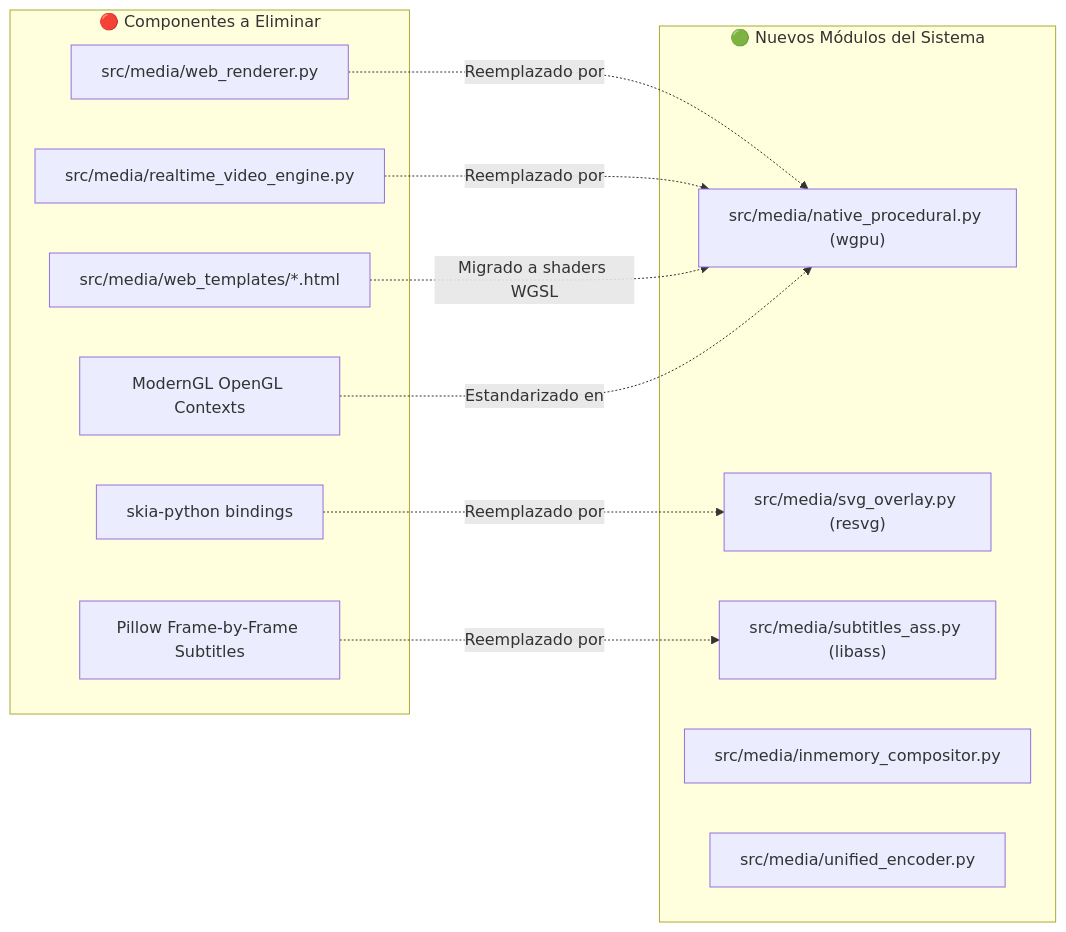
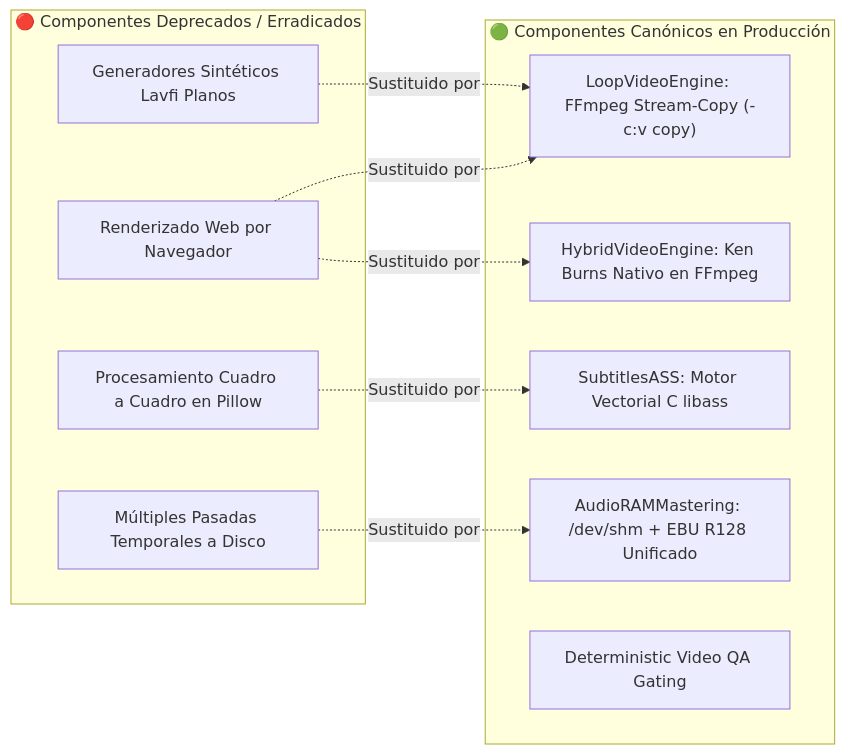
The fourth of 5 diagrams in docs/PLAN_MAESTRO_PIPELINE_VISUAL.md (soyaelithia-ui/yt-auto), drawn with Mermaid before and after one commit. The commit also changed other lines of this file and 15 other files, not shown here.

````diff
--- a/docs/PLAN_MAESTRO_PIPELINE_VISUAL.md
+++ b/docs/PLAN_MAESTRO_PIPELINE_VISUAL.md
@@ -308,26 +157,23 @@
 ```mermaid
 graph LR
-    subgraph DEPRECATED["🔴 Componentes a Eliminar"]
-        D1["src/media/web_renderer.py"]
-        D2["src/media/realtime_video_engine.py"]
-        D3["src/media/web_templates/*.html"]
-        D4["Pillow Frame-by-Frame Subtitles"]
-        D5["skia-python bindings"]
-        D6["ModernGL OpenGL Contexts"]
+    subgraph DEPRECATED["🔴 Componentes Deprecados / Erradicados"]
+        D1["Renderizado Web por Navegador"]
+        D2["Procesamiento Cuadro a Cuadro en Pillow"]
+        D3["Generadores Sintéticos Lavfi Planos"]
+        D4["Múltiples Pasadas Temporales a Disco"]
     end
 
-    subgraph NEW_MODULES["🟢 Nuevos Módulos del Sistema"]
-        N1["src/media/native_procedural.py (wgpu)"]
-        N2["src/media/svg_overlay.py (resvg)"]
-        N3["src/media/subtitles_ass.py (libass)"]
-        N4["src/media/inmemory_compositor.py"]
-        N5["src/media/unified_encoder.py"]
+    subgraph ACTIVE["🟢 Componentes Canónicos en Producción"]
+        A1["LoopVideoEngine: FFmpeg Stream-Copy (-c:v copy)"]
+        A2["HybridVideoEngine: Ken Burns Nativo en FFmpeg"]
+        A3["SubtitlesASS: Motor Vectorial C libass"]
+        A4["AudioRAMMastering: /dev/shm + EBU R128 Unificado"]
+        A5["Deterministic Video QA Gating"]
     end
 
-    D1 -.->|Reemplazado por| N1
-    D2 -.->|Reemplazado por| N1
-    D3 -.->|Migrado a shaders WGSL| N1
-    D4 -.->|Reemplazado por| N3
-    D5 -.->|Reemplazado por| N2
-    D6 -.->|Estandarizado en| N1
+    D1 -.->|Sustituido por| A1
+    D1 -.->|Sustituido por| A2
+    D2 -.->|Sustituido por| A3
+    D3 -.->|Sustituido por| A1
+    D4 -.->|Sustituido por| A4
 ```
````
